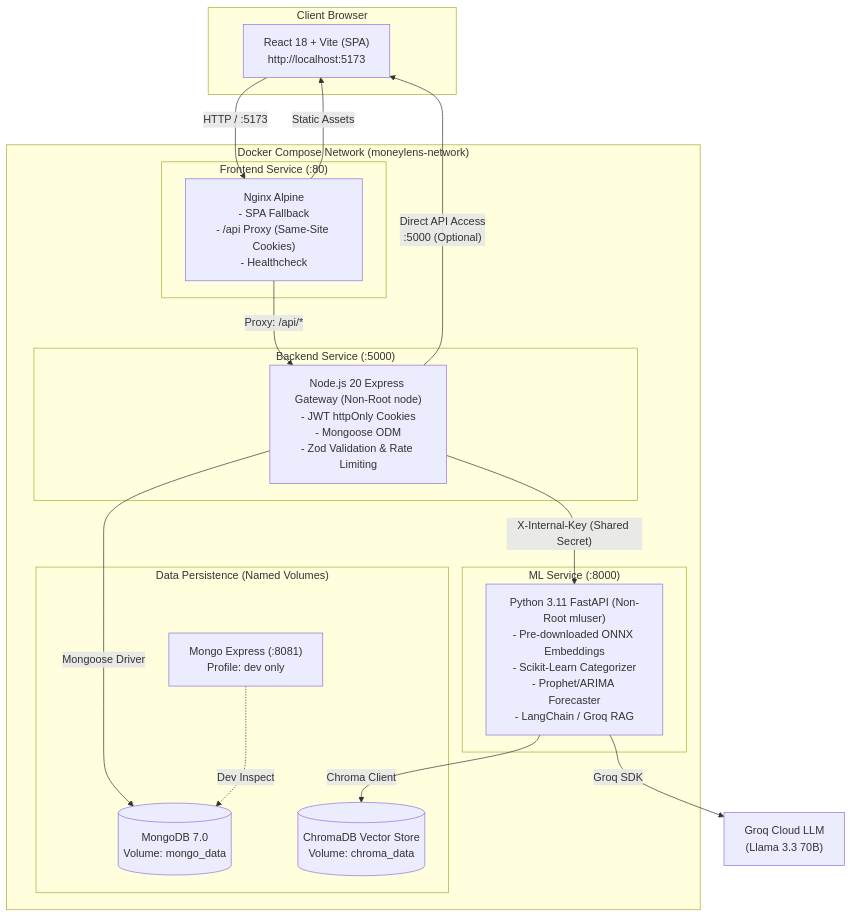
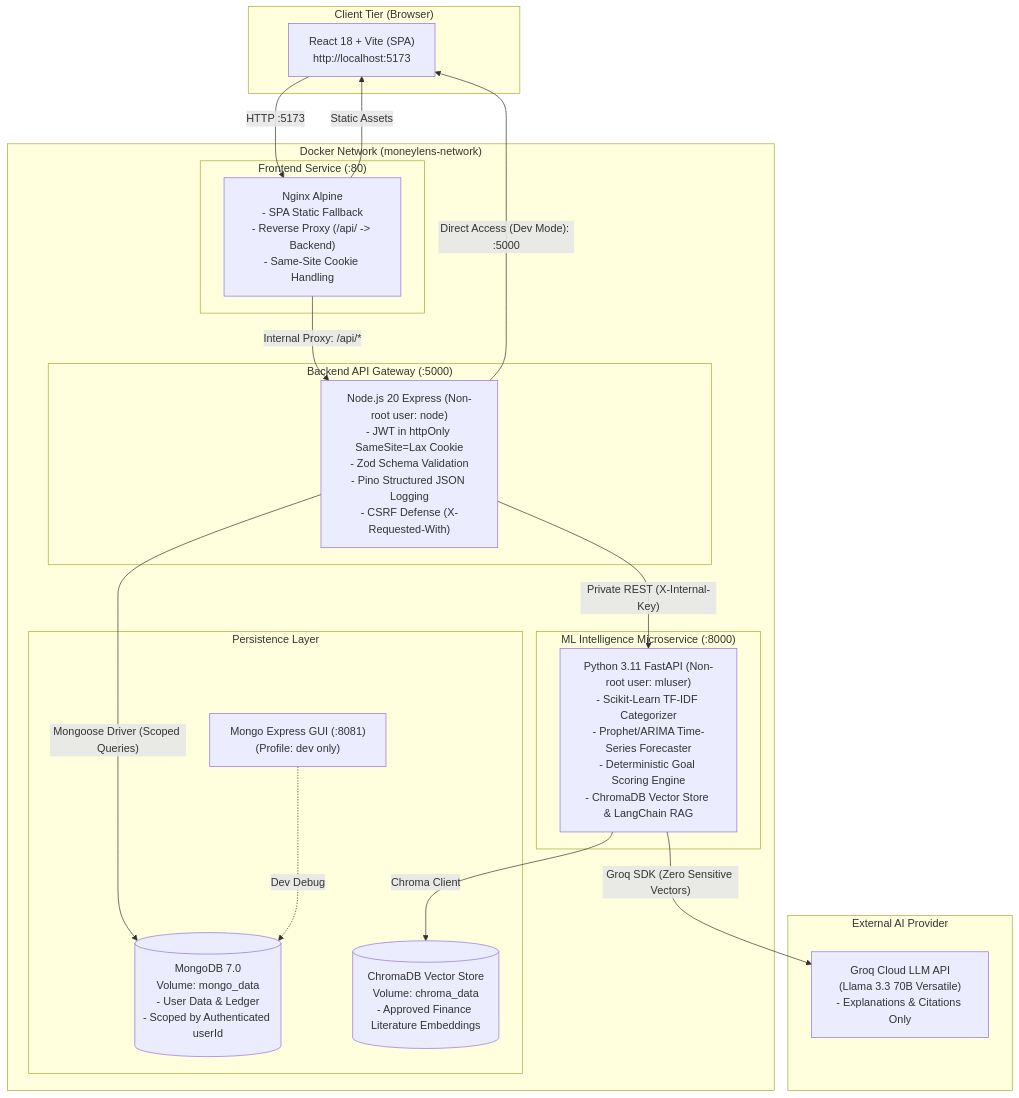
Before and after one commit to Jainaksh23/Moneylens: the first of 4 diagrams in README.md, drawn with Mermaid. The commit also changed other lines of this file and 12 other files, not shown here.

Commit message:
docs: add comprehensive README with architecture, flowcharts, setup guides, and track backend models

````diff
--- a/README.md
+++ b/README.md
@@ -11,36 +75,41 @@
 ```mermaid
 flowchart TD
-    subgraph Client ["Client Browser"]
+    subgraph Client ["Client Tier (Browser)"]
         Browser["React 18 + Vite (SPA)\nhttp://localhost:5173"]
     end
 
-    subgraph Docker ["Docker Compose Network (moneylens-network)"]
-        subgraph FrontendContainer ["Frontend Service (:80)"]
-            Nginx["Nginx Alpine\n- SPA Fallback\n- /api Proxy (Same-Site Cookies)\n- Healthcheck"]
+    subgraph Docker ["Docker Network (moneylens-network)"]
+        subgraph FrontendProxy ["Frontend Service (:80)"]
+            Nginx["Nginx Alpine\n- SPA Static Fallback\n- Reverse Proxy (/api/ -> Backend)\n- Same-Site Cookie Handling"]
         end
 
-        subgraph BackendContainer ["Backend Service (:5000)"]
-            Express["Node.js 20 Express Gateway (Non-Root node)\n- JWT httpOnly Cookies\n- Mongoose ODM\n- Zod Validation & Rate Limiting"]
+        subgraph BackendGateway ["Backend API Gateway (:5000)"]
+            Express["Node.js 20 Express (Non-root user: node)\n- JWT in httpOnly SameSite=Lax Cookie\n- Zod Schema Validation\n- Pino Structured JSON Logging\n- CSRF Defense (X-Requested-With)"]
         end
 
-        subgraph MLContainer ["ML Service (:8000)"]
-            FastAPI["Python 3.11 FastAPI (Non-Root mluser)\n- Pre-downloaded ONNX Embeddings\n- Scikit-Learn Categorizer\n- Prophet/ARIMA Forecaster\n- LangChain / Groq RAG"]
+        subgraph MLService ["ML Intelligence Microservice (:8000)"]
+            FastAPI["Python 3.11 FastAPI (Non-root user: mluser)\n- Scikit-Learn TF-IDF Categorizer\n- Prophet/ARIMA Time-Series Forecaster\n- Deterministic Goal Scoring Engine\n- ChromaDB Vector Store & LangChain RAG"]
         end
 
-        subgraph DataStores ["Data Persistence (Named Volumes)"]
-            Mongo[("MongoDB 7.0\nVolume: mongo_data")]
-            Chroma[("ChromaDB Vector Store\nVolume: chroma_data")]
-            MongoExpress["Mongo Express (:8081)\nProfile: dev only"]
+        subgraph StorageLayer ["Persistence Layer"]
+            Mongo[("MongoDB 7.0\nVolume: mongo_data\n- User Data & Ledger\n- Scoped by Authenticated userId")]
+            Chroma[("ChromaDB Vector Store\nVolume: chroma_data\n- Approved Finance Literature Embeddings")]
+            MongoExpress["Mongo Express GUI (:8081)\n(Profile: dev only)"]
         end
     end
 
-    Browser -- "HTTP / :5173" --> Nginx
+    subgraph ExternalAI ["External AI Provider"]
+        GroqCloud["Groq Cloud LLM API\n(Llama 3.3 70B Versatile)\n- Explanations & Citations Only"]
+    end
+
+    %% Network Connections
+    Browser -- "HTTP :5173" --> Nginx
     Nginx -- "Static Assets" --> Browser
-    Nginx -- "Proxy: /api/*" --> Express
-    Express -- "Direct API Access\n:5000 (Optional)" --> Browser
-    Express -- "Mongoose Driver" --> Mongo
-    Express -- "X-Internal-Key (Shared Secret)" --> FastAPI
+    Nginx -- "Internal Proxy: /api/*" --> Express
+    Express -- "Direct Access (Dev Mode): :5000" --> Browser
+    Express -- "Mongoose Driver (Scoped Queries)" --> Mongo
+    Express -- "Private REST (X-Internal-Key)" --> FastAPI
     FastAPI -- "Chroma Client" --> Chroma
-    FastAPI -- "Groq SDK" --> Groq["Groq Cloud LLM\n(Llama 3.3 70B)"]
-    MongoExpress -. "Dev Inspect" .-> Mongo
+    FastAPI -- "Groq SDK (Zero Sensitive Vectors)" --> GroqCloud
+    MongoExpress -. "Dev Debug" .-> Mongo
 ```
````
